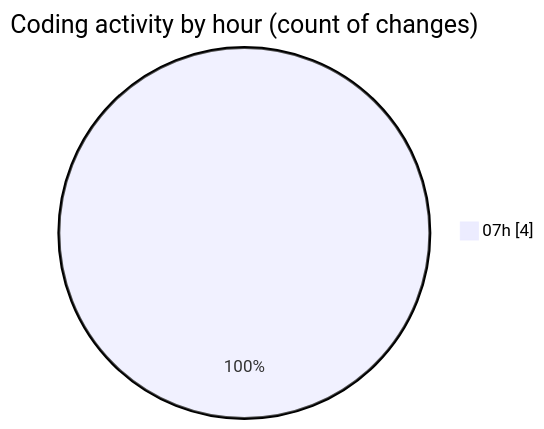
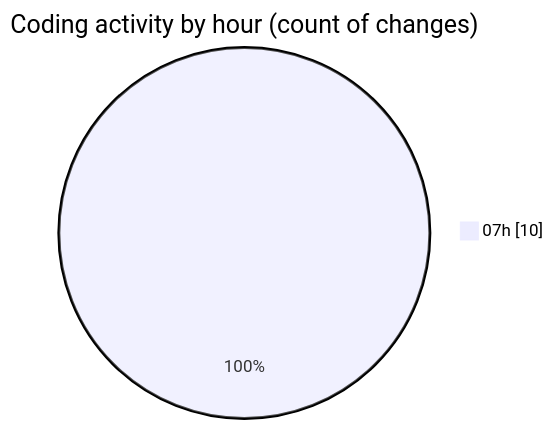
Before and after one commit to seballot/code-tracking: the second of 2 diagrams in 2025-06-19/app__container_registration-app__calm-app__/README.md, drawn with Mermaid. The commit also changed other lines of this file and 1 other file, not shown here.

````diff
--- a/2025-06-19/app__container_registration-app__calm-app__/README.md
+++ b/2025-06-19/app__container_registration-app__calm-app__/README.md
@@ -29,5 +31,5 @@
 ```mermaid
 pie showData
 title Coding activity by hour (count of changes)
-"07h" : 4
+"07h" : 10
 ```
````
